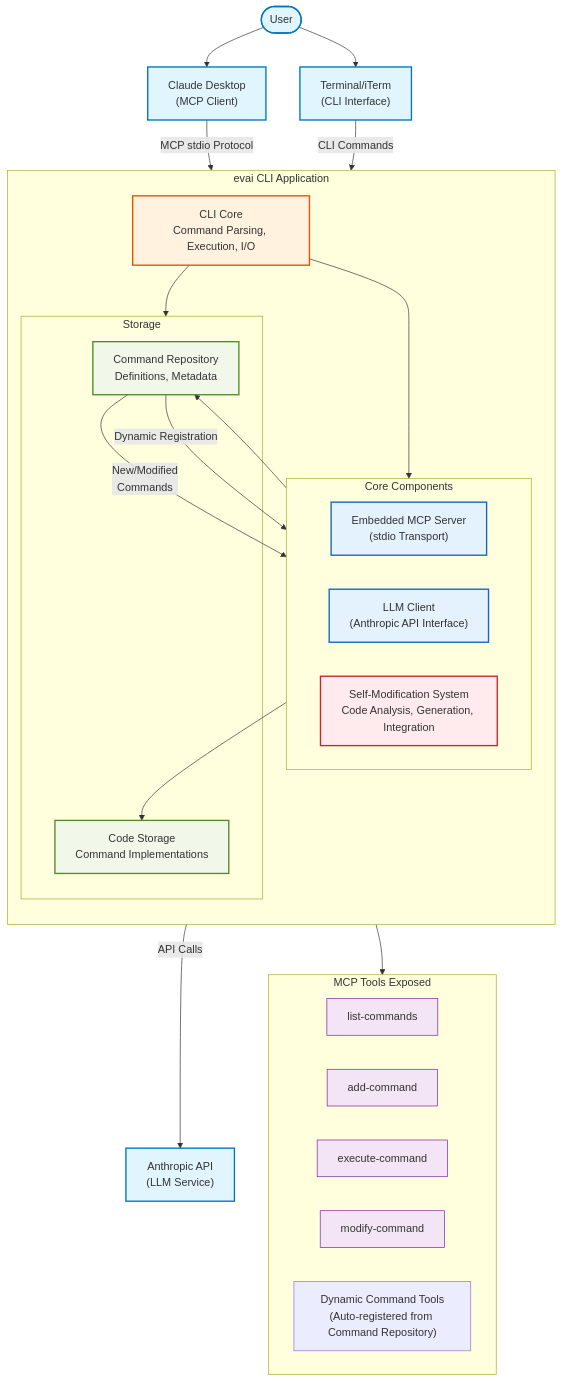
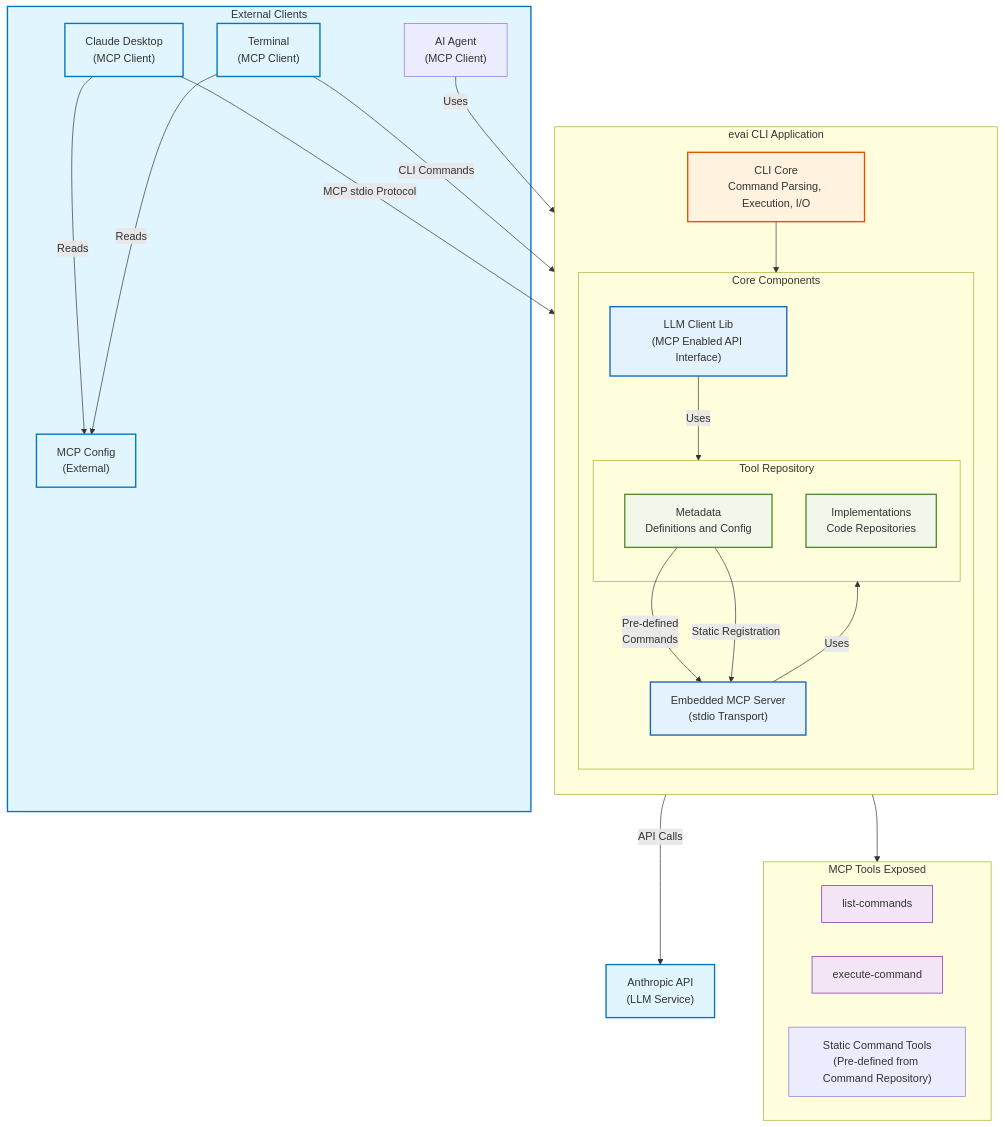
One commit to lherron/evai-cli changed the diagram in docs/ARCHITECTURE.md. Above: the diagram before and after it, drawn with Mermaid. The commit also changed 2 other files, not shown here.

````diff
--- a/docs/ARCHITECTURE.md
+++ b/docs/ARCHITECTURE.md
@@ -2,69 +2,68 @@
 ```mermaid
-
 flowchart TB
     %% External Systems
-    User([User])
-    Claude["Claude Desktop\n(MCP Client)"]
-    Terminal["Terminal/iTerm\n(CLI Interface)"]
-    AnthropicAPI["Anthropic API\n(LLM Service)"]
+    subgraph ExternalClients["External Clients"]
+        Claude["Claude Desktop<br>(MCP Client)"]
+	    MCPConfig["MCP Config<br>(External)"]
+        Terminal["Terminal<br>(MCP Client)"]
+        AIAgent["AI Agent<br>(MCP Client)"]
+    end
+    AnthropicAPI["Anthropic API<br>(LLM Service)"]
     
     %% Main evai CLI Application
     subgraph evai["evai CLI Application"]
         direction TB
         
-        Core["CLI Core\nCommand Parsing, Execution, I/O"]
+        Core["CLI Core<br>Command Parsing, Execution, I/O"]
         
         subgraph Components["Core Components"]
-            direction LR
-            MCPServer["Embedded MCP Server\n(stdio Transport)"]
-            LLMClient["LLM Client\n(Anthropic API Interface)"]
-            SelfMod["Self-Modification System\nCode Analysis, Generation, Integration"]
-        end
-        
-        subgraph Storage["Storage"]
-            Commands["Command Repository\nDefinitions, Metadata"]
-            CodeStore["Code Storage\nCommand Implementations"]
+            direction TB
+            MCPServer["Embedded MCP Server<br>(stdio Transport)"]
+            LLMClient["LLM Client Lib<br>(MCP Enabled API Interface)"]
+            
+            subgraph Storage["Tool Repository"]
+                Commands["Metadata<br>Definitions and Config"]
+                CodeStore["Implementations<br>Code Repositories"]
+            end
+            
+            LLMClient -- "Uses" --> Storage
+            MCPServer -- "Uses" --> Storage
+            %% Indicate peer relationship by same level in hierarchy
         end
         
         Core --> Components
-        Core --> Storage
-        SelfMod --> CodeStore
-        SelfMod --> Commands
         
-        %% Dynamic tool registration pathway
-        Commands -- "New/Modified\nCommands" --> MCPServer
+        %% Static command pathway
+        Commands -- "Pre-defined<br>Commands" --> MCPServer
     end
     
     %% Relations/Connections
-    User --> Claude
-    User --> Terminal
     Claude -- "MCP stdio Protocol" --> MCPServer
     Terminal -- "CLI Commands" --> Core
     LLMClient -- "API Calls" --> AnthropicAPI
+    AIAgent -- "Uses" --> LLMClient
+    Claude -- "Reads" --> MCPConfig
+    Terminal -- "Reads" --> MCPConfig
     
     %% MCP Tools
     subgraph MCPTools["MCP Tools Exposed"]
         ListCommands["list-commands"]
-        AddCommand["add-command"]
         ExecuteCommand["execute-command"]
-        ModifyCommand["modify-command"]
-        DynamicTools["Dynamic Command Tools\n(Auto-registered from Command Repository)"]
+        StaticTools["Static Command Tools<br>(Pre-defined from Command Repository)"]
     end
     
     MCPServer --> MCPTools
-    Commands -- "Dynamic Registration" --> MCPServer
+    Commands -- "Static Registration" --> MCPServer
     
     classDef externalSystems fill:#e1f5fe,stroke:#0277bd,stroke-width:2px
     classDef evaiCore fill:#fff3e0,stroke:#e65100,stroke-width:2px
     classDef storage fill:#f1f8e9,stroke:#558b2f,stroke-width:2px
-    classDef selfMod fill:#ffebee,stroke:#c62828,stroke-width:2px
     classDef component fill:#e3f2fd,stroke:#1565c0,stroke-width:2px
     classDef tools fill:#f3e5f5,stroke:#7b1fa2,stroke-width:1px
     
-    class User,Claude,Terminal,AnthropicAPI externalSystems
+    class Claude,Terminal,AnthropicAPI,MCPConfig,ExternalClients externalSystems
     class Core evaiCore
     class Commands,CodeStore storage
-    class SelfMod selfMod
     class MCPServer,LLMClient component
-    class ListCommands,AddCommand,ExecuteCommand,ModifyCommand tools
+    class ListCommands,ExecuteCommand tools
 ```
````
